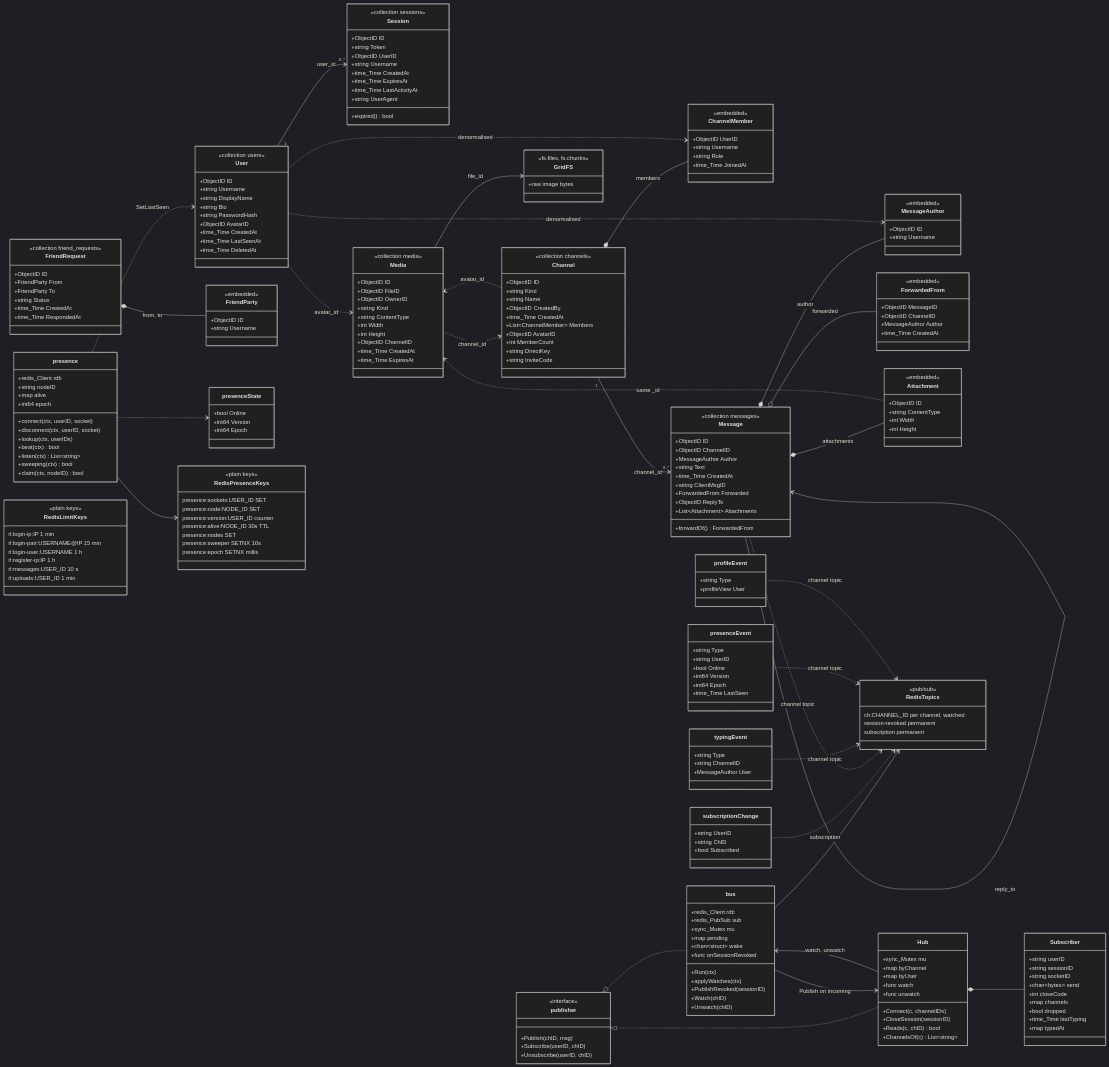
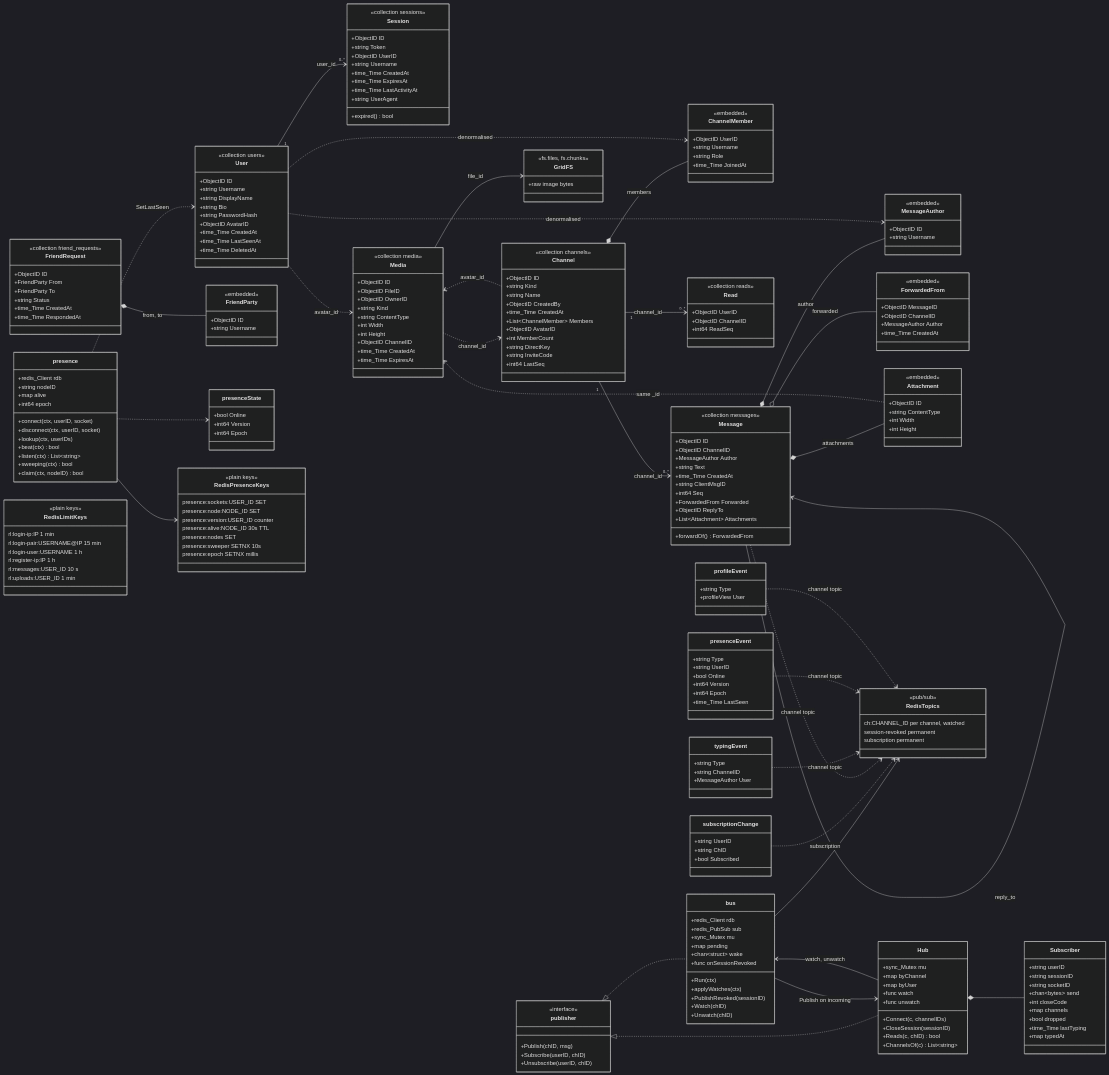
The diagram in docs/diagrams/data-model.mmd (hdmtrn/nosql-messenger), drawn with Mermaid (dark theme) before and after one commit. The commit also changed 24 other files, not shown here.

```diff
--- a/docs/diagrams/data-model.mmd
+++ b/docs/diagrams/data-model.mmd
@@ -45,6 +45,7 @@
     +int MemberCount
     +string DirectKey
     +string InviteCode
+    +int64 LastSeq
   }
 
   class ChannelMember {
@@ -63,10 +64,18 @@
     +string Text
     +time_Time CreatedAt
     +string ClientMsgID
+    +int64 Seq
     +ForwardedFrom Forwarded
     +ObjectID ReplyTo
     +List~Attachment~ Attachments
     +forwardOf() ForwardedFrom
+  }
+
+  class Read {
+    <<collection reads>>
+    +ObjectID UserID
+    +ObjectID ChannelID
+    +int64 ReadSeq
   }
 
   class MessageAuthor {
@@ -129,6 +138,7 @@
   User "1" --> "0..*" Session : user_id
   Channel *-- ChannelMember : members
   Channel "1" --> "0..*" Message : channel_id
+  Channel "1" --> "0..*" Read : channel_id
   Message *-- MessageAuthor : author
   Message o-- ForwardedFrom : forwarded
   Message *-- Attachment : attachments
```
